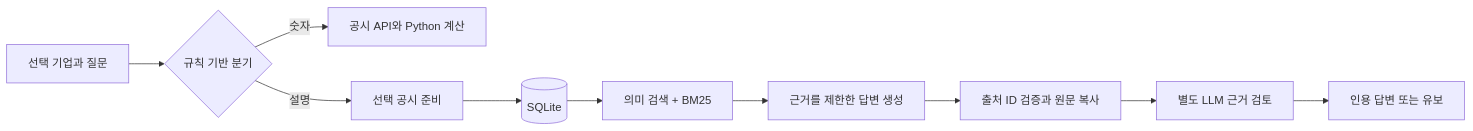
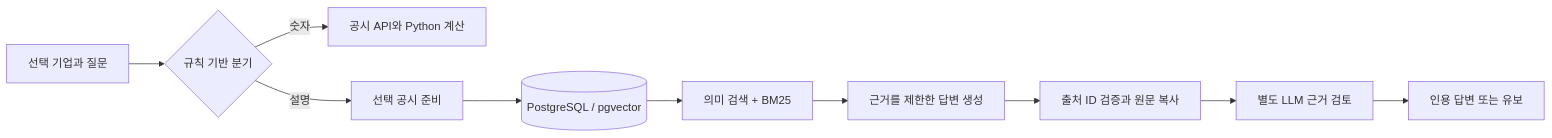
Before and after one commit to junyongs0728/finance-detective: the diagram in docs/rag-build-guide.md, drawn with Mermaid. The commit also changed other lines of this file and 19 other files, not shown here.

````diff
--- a/docs/rag-build-guide.md
+++ b/docs/rag-build-guide.md
@@ -19,12 +17,12 @@
 ```mermaid
 flowchart LR
   Q[선택 기업과 질문] --> T{규칙 기반 분기}
   T -->|숫자| N[공시 API와 Python 계산]
   T -->|설명| D[선택 공시 준비]
-  D --> S[(SQLite)]
+  D --> S[(PostgreSQL / pgvector)]
   S --> R[의미 검색 + BM25]
   R --> G[근거를 제한한 답변 생성]
   G --> C[출처 ID 검증과 원문 복사]
   C --> V[별도 LLM 근거 검토]
   V --> A[인용 답변 또는 유보]
 ```
````
